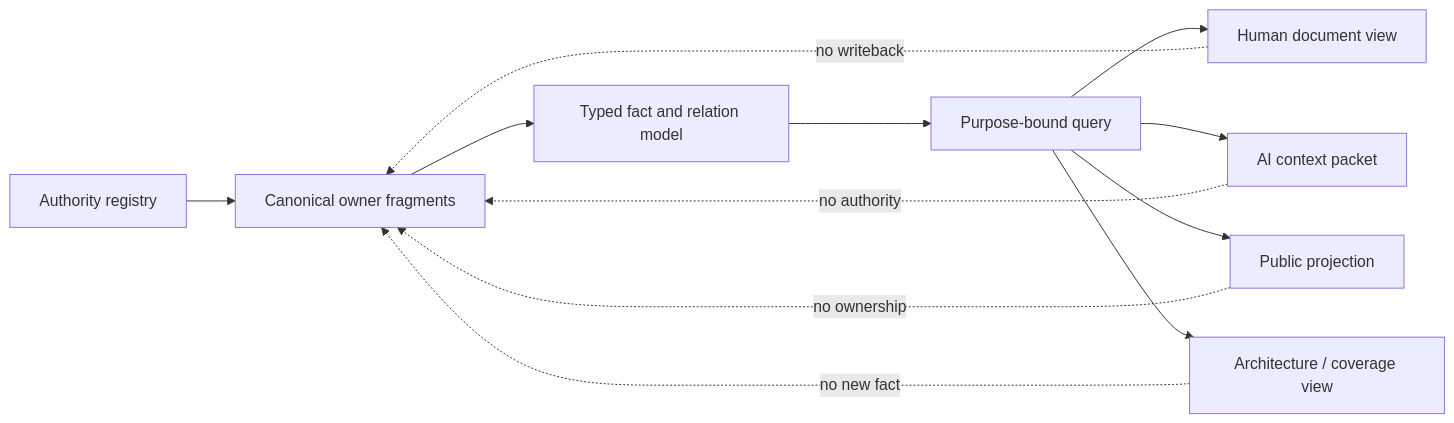
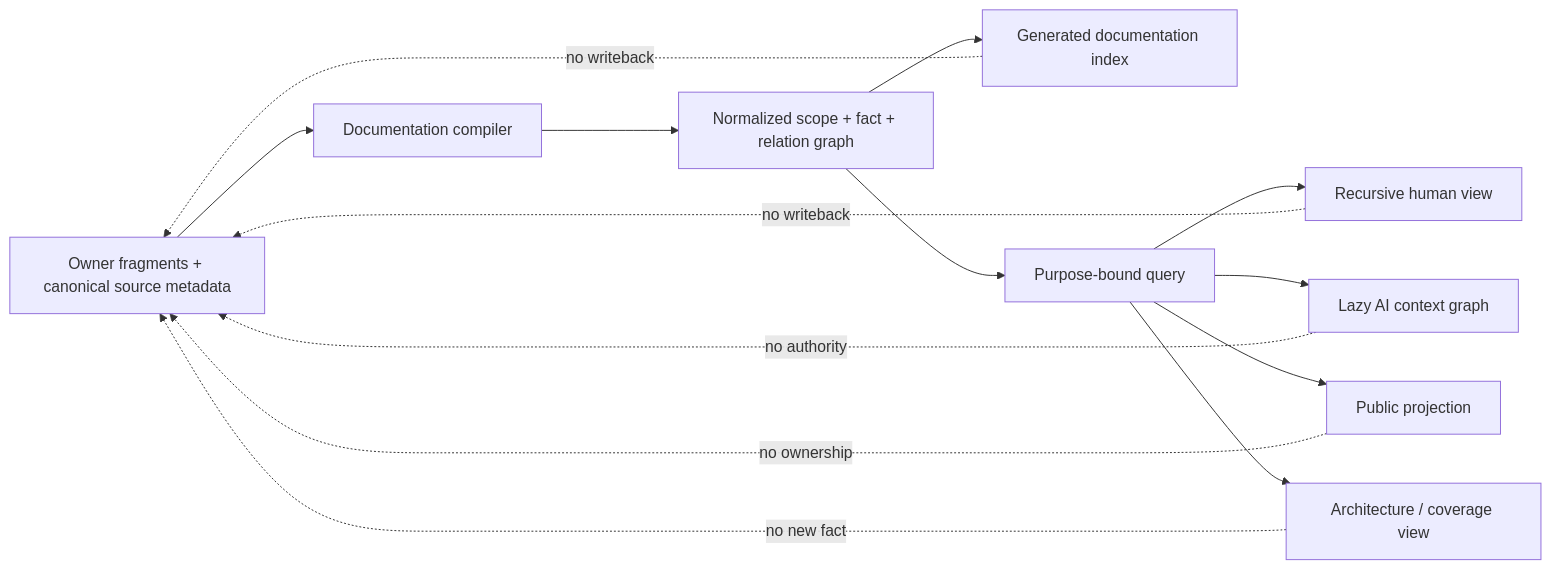
One commit to sec-platform/sec changed the first of 4 diagrams in docs/documentation-system.md. Above: the diagram before and after it, drawn with Mermaid. The commit also changed other lines of this file, not shown here.

Commit message:
docs: design recursive documentation knowledge graph

````diff
--- a/docs/documentation-system.md
+++ b/docs/documentation-system.md
@@ -36,14 +44,16 @@
 ```mermaid
 flowchart LR
-  R[Authority registry] --> F[Canonical owner fragments]
-  F --> K[Typed fact and relation model]
+  F[Owner fragments + canonical source metadata] --> C[Documentation compiler]
+  C --> K[Normalized scope + fact + relation graph]
+  K --> R[Generated documentation index]
   K --> Q[Purpose-bound query]
-  Q --> H[Human document view]
-  Q --> A[AI context packet]
+  Q --> H[Recursive human view]
+  Q --> A[Lazy AI context graph]
   Q --> P[Public projection]
   Q --> V[Architecture / coverage view]
+  R -. no writeback .-> F
   H -. no writeback .-> F
   A -. no authority .-> F
   P -. no ownership .-> F
   V -. no new fact .-> F
 ```
````
